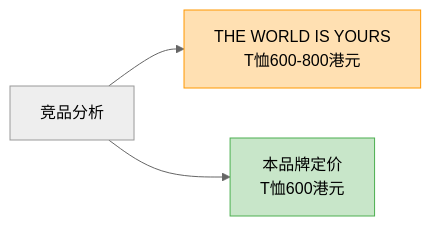
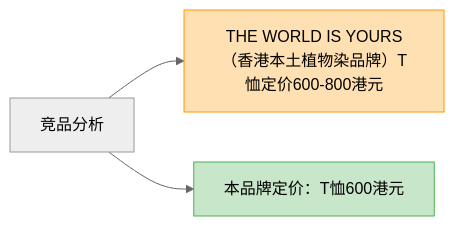
One commit to NaturalRice/git-demo changed the second of 4 diagrams in README.md. Above: the diagram before and after it, drawn with Mermaid (neutral theme). The commit also changed other lines of this file, not shown here.

````diff
--- a/README.md
+++ b/README.md
@@ -20,7 +20,7 @@
 ```mermaid
 flowchart LR
-    A[竞品分析] --> B["THE WORLD IS YOURS\nT恤600-800港元"]
-    A --> C["本品牌定价\nT恤600港元"]
+    A[竞品分析] --> B["THE WORLD IS YOURS（香港本土植物染品牌）T恤定价600-800港元"]
+    A --> C["本品牌定价：T恤600港元"]
     style B fill:#ffe0b2,stroke:#ff9800
     style C fill:#c8e6c9,stroke:#4caf50
 ```
````
